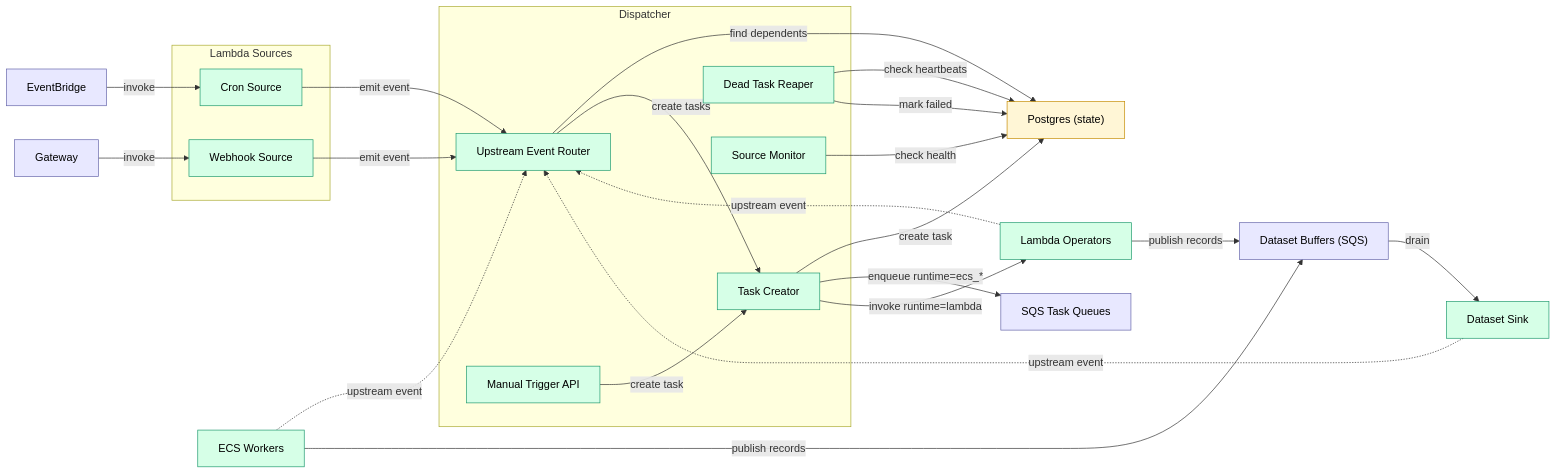
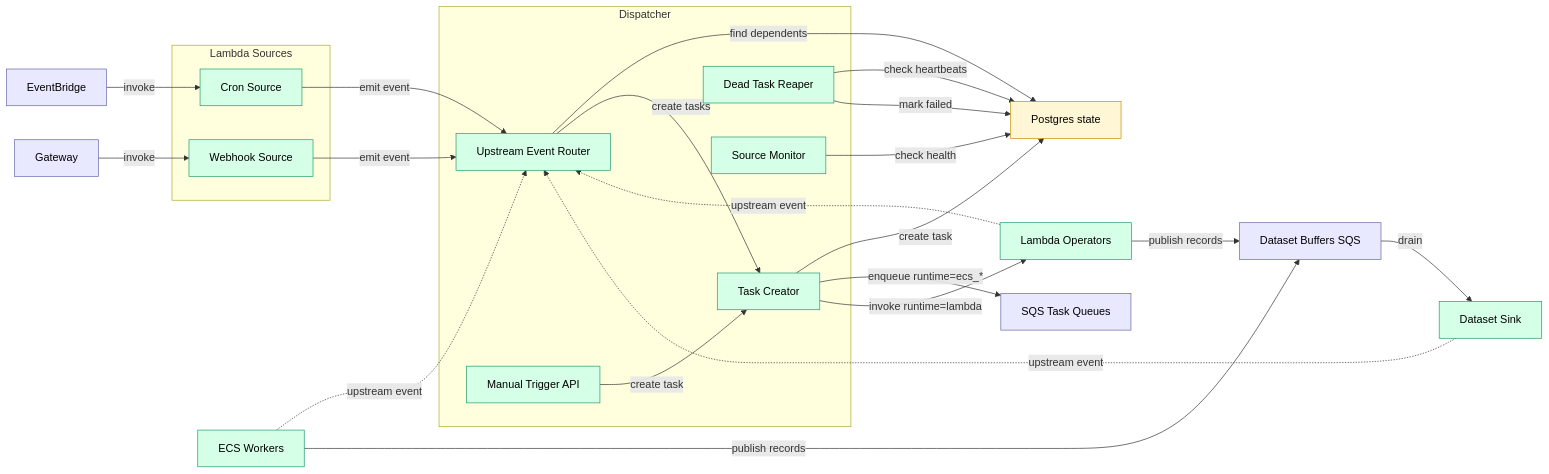
Before and after one commit to c7121/trace: the diagram in docs/architecture/containers/dispatcher.md, drawn with Mermaid. The commit also changed 11 other files, not shown here.

````diff
--- a/docs/architecture/containers/dispatcher.md
+++ b/docs/architecture/containers/dispatcher.md
@@ -100,52 +100,52 @@
 ```mermaid
 flowchart LR
     subgraph Sources["Lambda Sources"]
         cronSrc["Cron Source"]:::component
         webhookSrc["Webhook Source"]:::component
     end
 
     subgraph Dispatch["Dispatcher"]
         taskCreate["Task Creator"]:::component
         eventRouter["Upstream Event Router"]:::component
         reaper["Dead Task Reaper"]:::component
         sourceMon["Source Monitor"]:::component
         manualApi["Manual Trigger API"]:::component
     end
 
     eventbridge["EventBridge"]:::infra
     gateway["Gateway"]:::infra
     task_sqs["SQS Task Queues"]:::infra
-    buffers["Dataset Buffers (SQS)"]:::infra
-    postgres_state["Postgres (state)"]:::database
+    buffers["Dataset Buffers SQS"]:::infra
+    postgres_state["Postgres state"]:::database
     workers["ECS Workers"]:::component
     lambdaOps["Lambda Operators"]:::component
     sinks["Dataset Sink"]:::component
 
     eventbridge -->|invoke| cronSrc
     gateway -->|invoke| webhookSrc
     
     cronSrc -->|emit event| eventRouter
     webhookSrc -->|emit event| eventRouter
     manualApi -->|create task| taskCreate
     
     workers -.->|upstream event| eventRouter
     lambdaOps -.->|upstream event| eventRouter
     eventRouter -->|find dependents| postgres_state
     eventRouter -->|create tasks| taskCreate
     
     taskCreate -->|create task| postgres_state
     taskCreate -->|enqueue runtime=ecs_*| task_sqs
     taskCreate -->|invoke runtime=lambda| lambdaOps
     reaper -->|check heartbeats| postgres_state
     reaper -->|mark failed| postgres_state
     sourceMon -->|check health| postgres_state
 
     workers -->|publish records| buffers
     lambdaOps -->|publish records| buffers
     buffers -->|drain| sinks
     sinks -.->|upstream event| eventRouter
 
     classDef component fill:#d6ffe7,stroke:#1f9a6f,color:#000;
     classDef infra fill:#e8e8ff,stroke:#6666aa,color:#000;
     classDef database fill:#fff6d6,stroke:#c58b00,color:#000;
 ```
````
